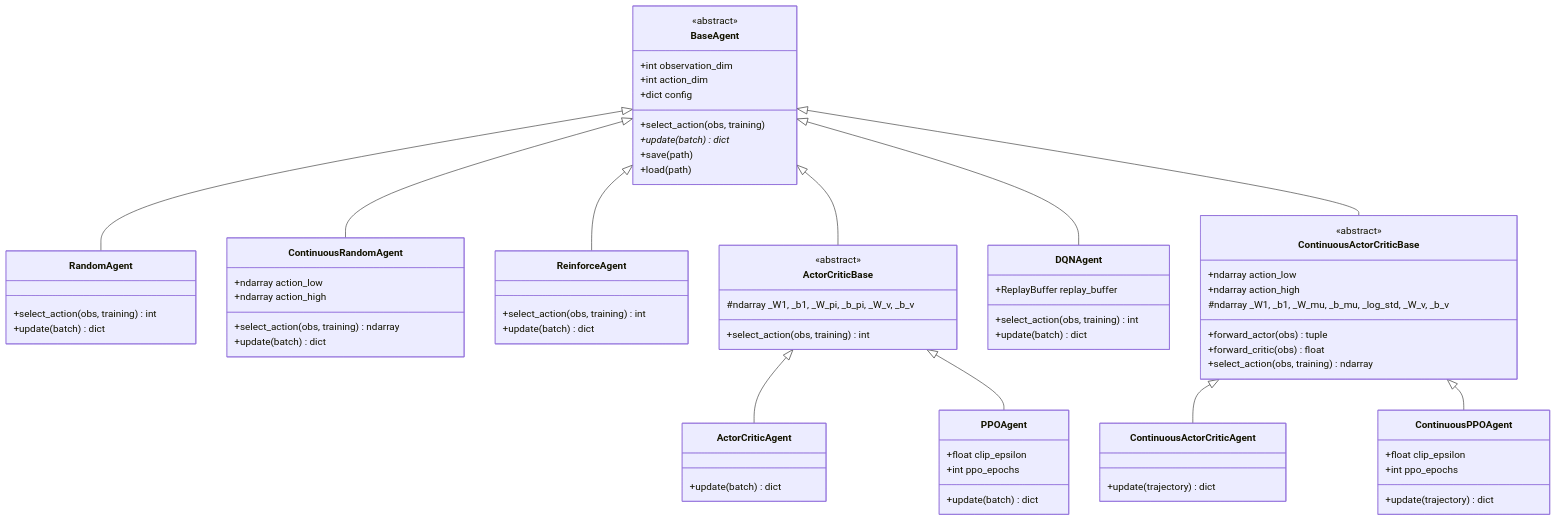
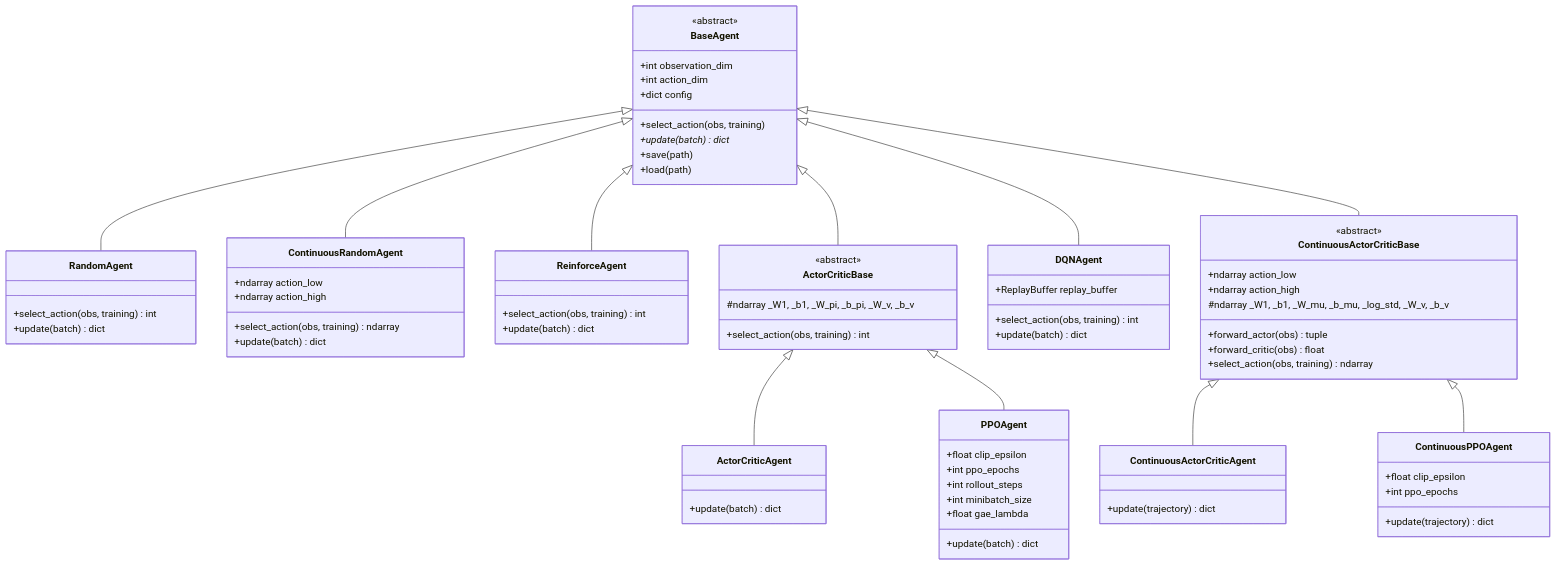
The second of 3 diagrams in ARCHITECTURE.md (andreijw/AI), drawn with Mermaid before and after one commit. The commit also changed other lines of this file and 9 other files, not shown here.

```diff
--- a/ARCHITECTURE.md
+++ b/ARCHITECTURE.md
@@ -148,6 +154,9 @@
     class PPOAgent {
         +float clip_epsilon
         +int ppo_epochs
+        +int rollout_steps
+        +int minibatch_size
+        +float gae_lambda
         +update(batch) dict
     }
 
```
